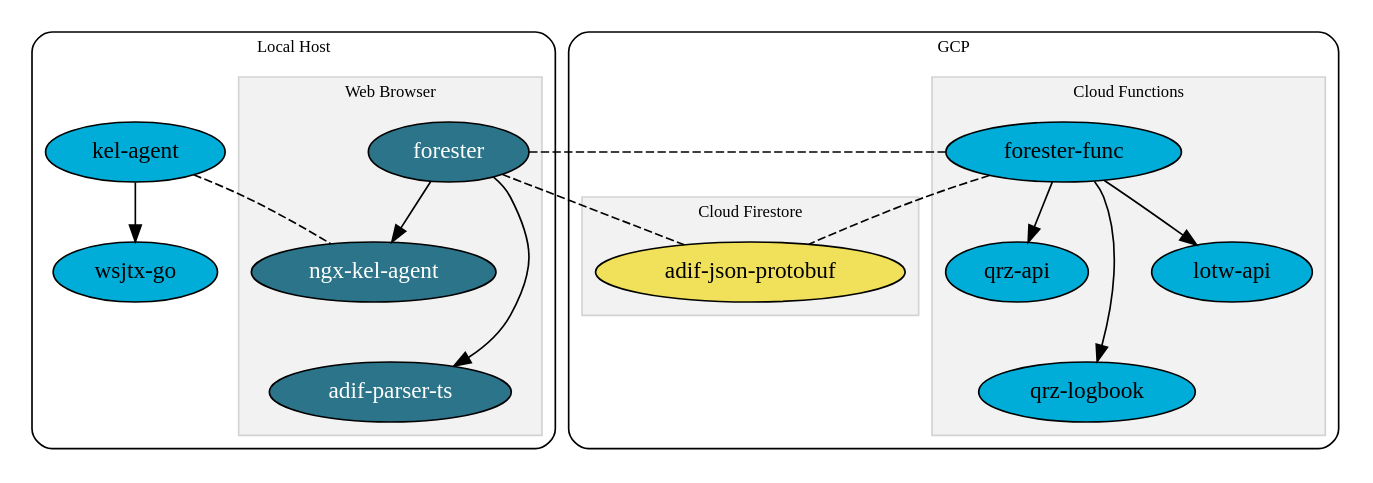
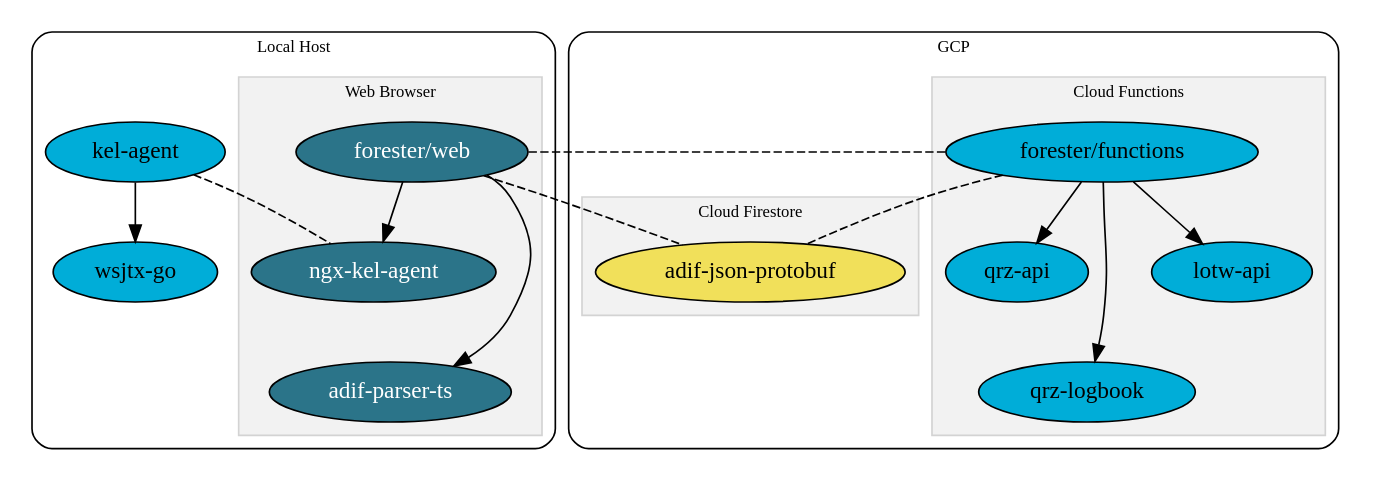
The diagram in architecture.dot (k0swe/docs), drawn with Graphviz before and after one commit. The commit also changed 1 other file, not shown here.

Commit message:
Update architecture diagram (#3)

```diff
--- a/architecture.dot
+++ b/architecture.dot
@@ -1,76 +1,76 @@
 digraph {
     graph [truecolor = true bgcolor = "#ffffff00"]
     newrank = true;
 
     subgraph clusterComputer {
         graph [truecolor = true bgcolor = "gray100"]
         label = "Local Host";
         style = rounded;
         fontsize = 10;
 
         subgraph clusterBrowser {
             label = "Web Browser";
             fontsize = 10;
             color = lightgrey;
             style=filled;
             fillcolor = "grey95";
 
-            forester [URL="https://github.com/k0swe/forester"; style=filled; fillcolor="#2b7489"; fontcolor=white]
+            forester [label = "forester/web"; URL="https://github.com/k0swe/forester"; style=filled; fillcolor="#2b7489"; fontcolor=white]
             ngxkelagent [label = "ngx-kel-agent"; URL="https://github.com/k0swe/ngx-kel-agent"; style=filled; fillcolor="#2b7489"; fontcolor=white]
             adifparserts [label = "adif-parser-ts"; URL="https://github.com/k0swe/adif-parser-ts"; style=filled; fillcolor="#2b7489"; fontcolor=white]
             forester -> adifparserts
             forester -> ngxkelagent
 
             // not a real dependency, layout purposes only
             ngxkelagent -> adifparserts [style=invis]
             {rank=sink; adifparserts}
         };
         agent [label = "kel-agent"; URL="https://github.com/k0swe/kel-agent"; style=filled; fillcolor="#00ADD8"]
         wsjtxgo [label = "wsjtx-go"; URL="https://github.com/k0swe/wsjtx-go"; style=filled; fillcolor="#00ADD8"]
         agent -> wsjtxgo
     }
 
     subgraph clusterGCP {
         graph [truecolor = true bgcolor = "gray100"]
         label = "GCP";
         style = rounded;
         fontsize = 10;
 
         subgraph clusterGCF {
             label = "Cloud Functions";
             fontsize = 10;
             color = lightgrey;
             style=filled;
             fillcolor = "grey95";
 
-            func [label = "forester-func"; URL="https://github.com/k0swe/forester-func"; style=filled; fillcolor="#00ADD8"]
+            func [label = "forester/functions"; URL="https://github.com/k0swe/forester/tree/main/functions"; style=filled; fillcolor="#00ADD8"]
             qrzapi [label = "qrz-api"; URL="https://github.com/k0swe/qrz-api"; style=filled; fillcolor="#00ADD8"]
             qrzlogbook [label = "qrz-logbook"; URL="https://github.com/k0swe/qrz-logbook"; style=filled; fillcolor="#00ADD8"]
             lotwapi [label = "lotw-api"; URL="https://github.com/k0swe/lotw-api"; style=filled; fillcolor="#00ADD8"]
             func -> qrzapi
             func -> qrzlogbook
             func -> lotwapi
 
             // not a real dependency, layout purposes only
             qrzapi -> qrzlogbook [style=invis]
             {rank=sink; qrzlogbook}
         };
 
         subgraph clusterFirebase {
             label = "Cloud Firestore";
             fontsize = 10;
             color = lightgrey;
             style=filled;
             fillcolor = "grey95";
             adifjson [label = "adif-json-protobuf"; URL="https://github.com/k0swe/adif-json-protobuf"; style=filled; fillcolor="#f1e05a"]
         };
     };
 
     edge [style = dashed; dir = none;]
     {rank=source; forester agent func}
 
     agent -> ngxkelagent;
     forester -> adifjson;
     forester -> func;
     func -> adifjson;
 }
```
